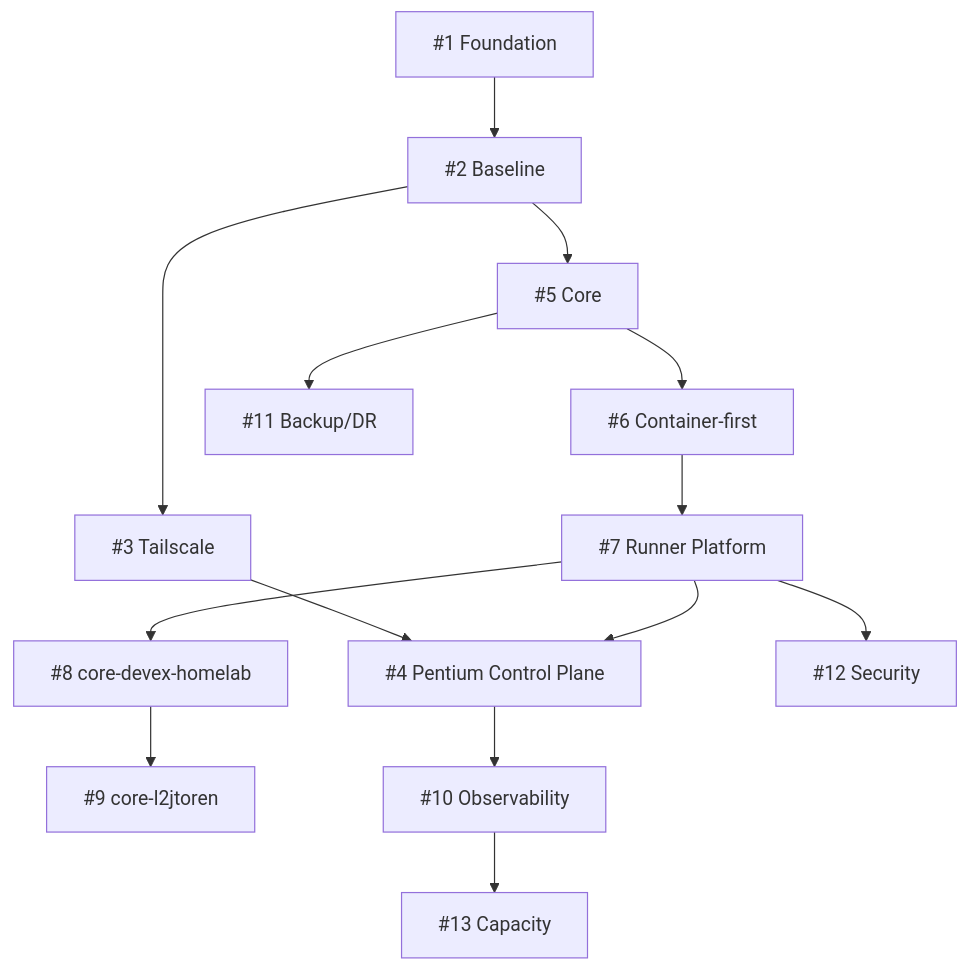
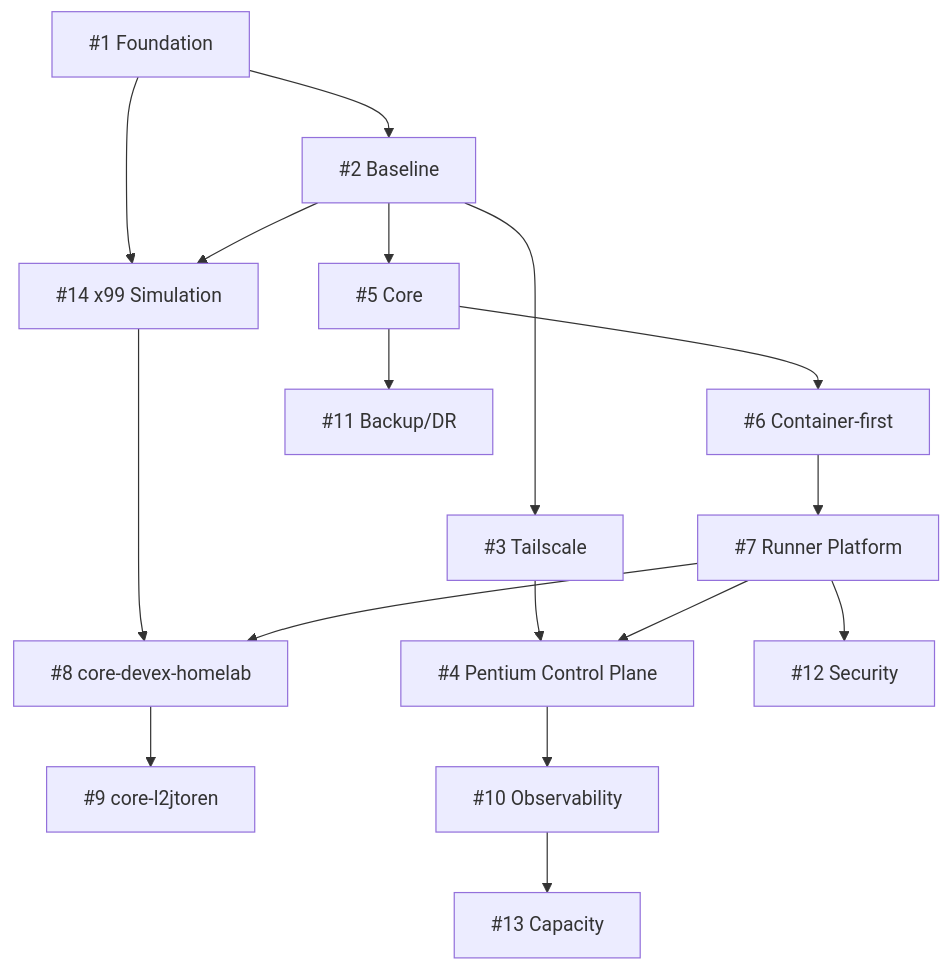
One commit to deraldinho/devex-homelab changed the diagram in docs/backlog/README.md. Above: the diagram before and after it, drawn with Mermaid. The commit also changed other lines of this file and 1 other file, not shown here.

Commit message:
docs(backlog): link x99 simulation slice

````diff
--- a/docs/backlog/README.md
+++ b/docs/backlog/README.md
@@ -23,16 +24,19 @@
 ```mermaid
 flowchart TD
     I1[#1 Foundation] --> I2[#2 Baseline]
+    I1 --> I14[#14 x99 Simulation]
+    I2 --> I14
     I2 --> I3[#3 Tailscale]
     I2 --> I5[#5 Core]
     I5 --> I6[#6 Container-first]
     I6 --> I7[#7 Runner Platform]
-    I7 --> I8[#8 core-devex-homelab]
+    I14 --> I8[#8 core-devex-homelab]
+    I7 --> I8
     I8 --> I9[#9 core-l2jtoren]
     I3 --> I4[#4 Pentium Control Plane]
     I7 --> I4
     I4 --> I10[#10 Observability]
     I5 --> I11[#11 Backup/DR]
     I7 --> I12[#12 Security]
     I10 --> I13[#13 Capacity]
 ```
````
